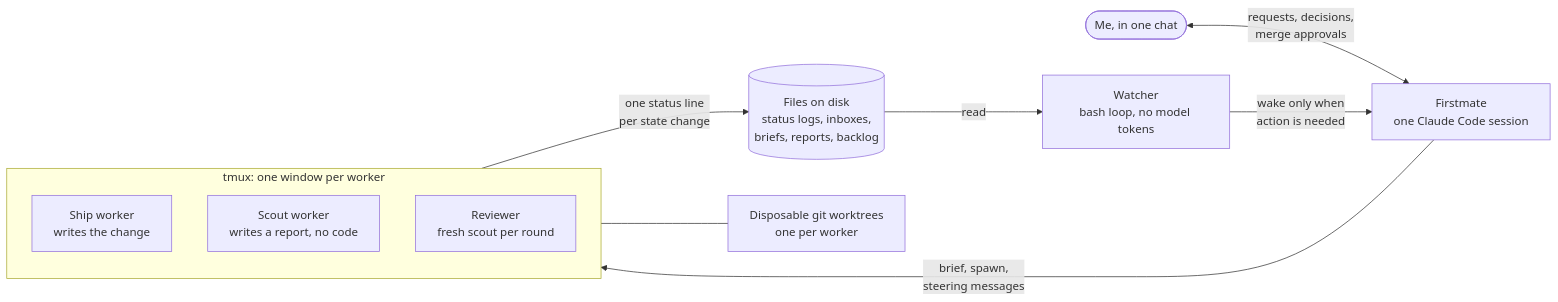
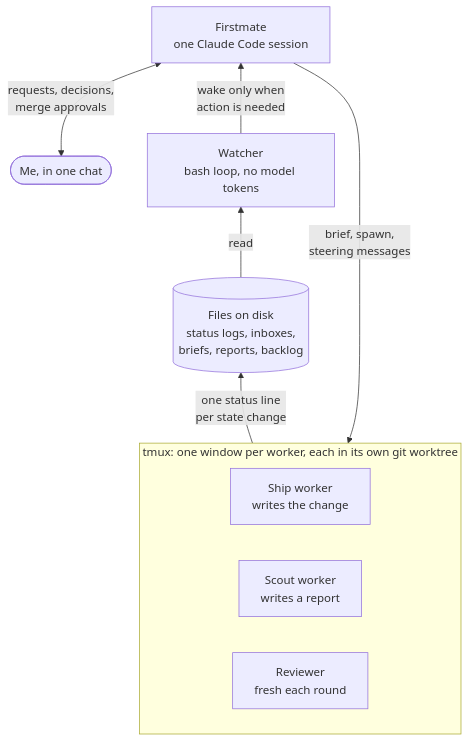
The first of 3 diagrams in CASE.md (himan2411/multi-agent-coding-case), drawn with Mermaid before and after one commit. The commit also changed other lines of this file and 6 other files, not shown here.

````diff
--- a/CASE.md
+++ b/CASE.md
@@ -9,23 +9,20 @@
 ```mermaid
-flowchart LR
+flowchart BT
     me(["Me, in one chat"])
     fm["Firstmate<br/>one Claude Code session"]
     watch["Watcher<br/>bash loop, no model tokens"]
     disk[("Files on disk<br/>status logs, inboxes,<br/>briefs, reports, backlog")]
 
-    subgraph crew["tmux: one window per worker"]
-        direction TB
+    subgraph crew["tmux: one window per worker, each in its own git worktree"]
+        direction LR
         w1["Ship worker<br/>writes the change"]
-        w2["Scout worker<br/>writes a report, no code"]
-        w3["Reviewer<br/>fresh scout per round"]
+        w2["Scout worker<br/>writes a report"]
+        w3["Reviewer<br/>fresh each round"]
     end
-
-    wt["Disposable git worktrees<br/>one per worker"]
 
     me <-->|"requests, decisions,<br/>merge approvals"| fm
     fm -->|"brief, spawn,<br/>steering messages"| crew
     crew -->|"one status line<br/>per state change"| disk
     disk -->|"read"| watch
     watch -->|"wake only when<br/>action is needed"| fm
-    crew --- wt
 ```
````
